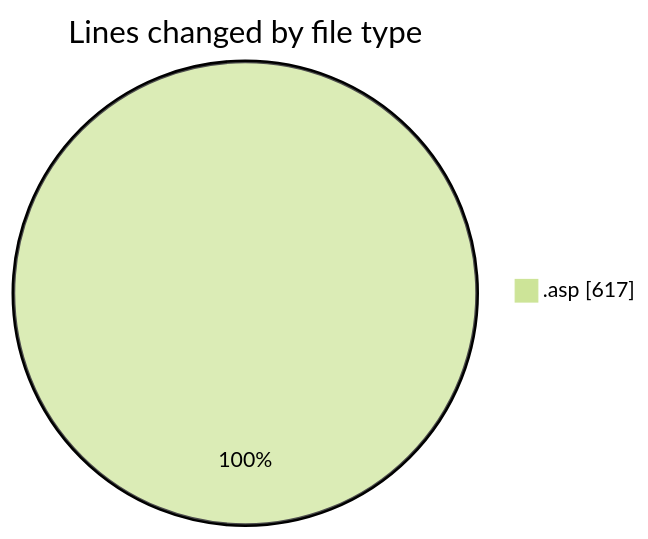
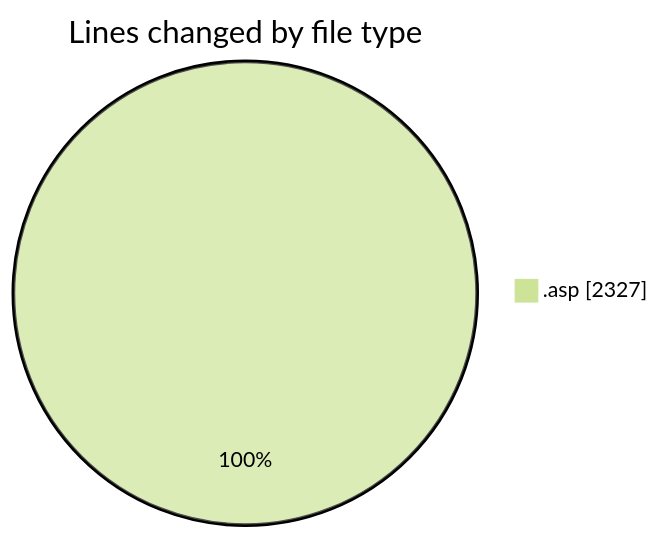
One commit to julien-gomy/code-tracking changed the first of 2 diagrams in 2025-10-21/cdp_aleoudev_fr__workspace_/README.md. Above: the diagram before and after it, drawn with Mermaid (forest theme). The commit also changed other lines of this file and 1 other file, not shown here.

````diff
--- a/2025-10-21/cdp_aleoudev_fr__workspace_/README.md
+++ b/2025-10-21/cdp_aleoudev_fr__workspace_/README.md
@@ -20,5 +21,5 @@
 ```mermaid
 pie showData
 title Lines changed by file type
-".asp" : 617
+".asp" : 2327
 ```
````
